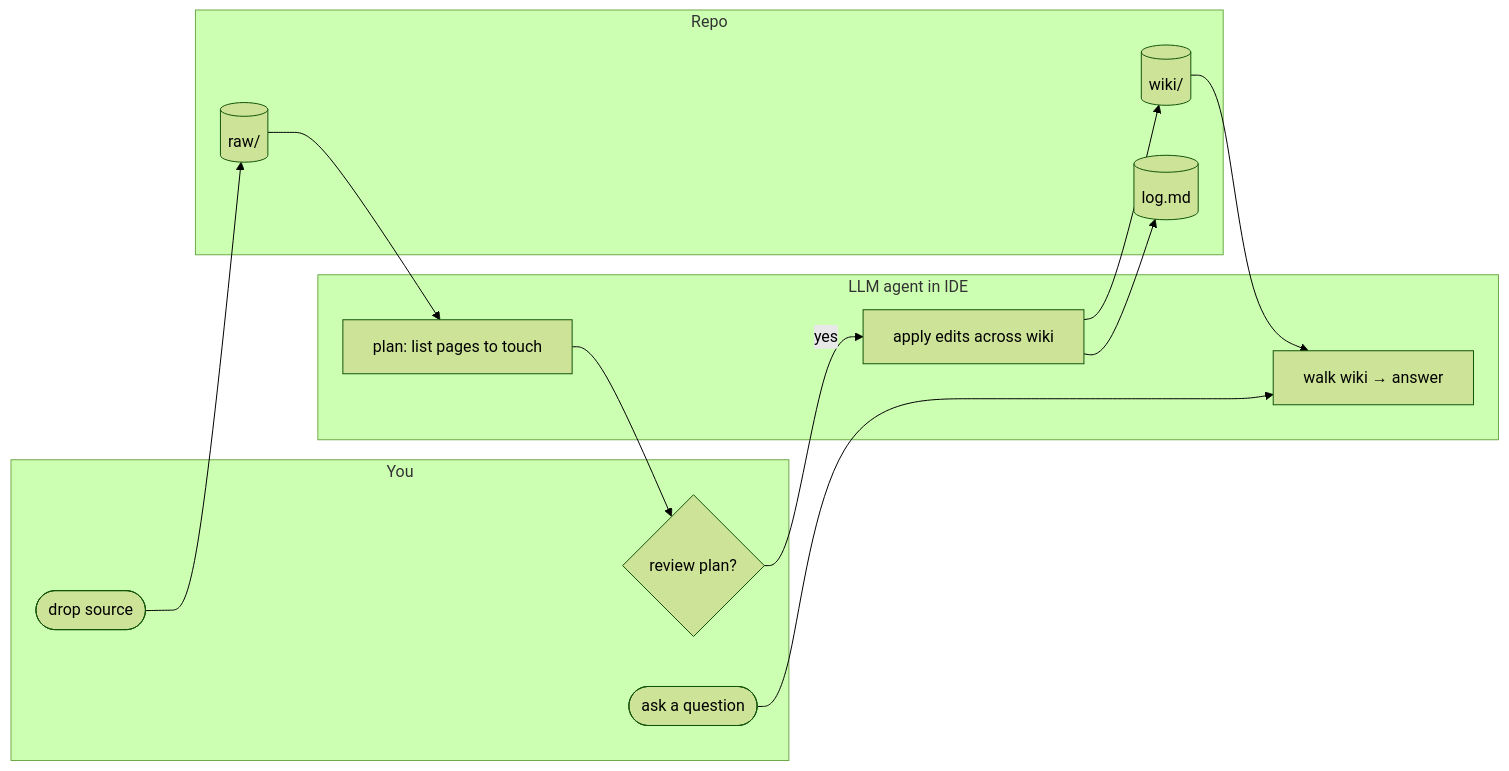
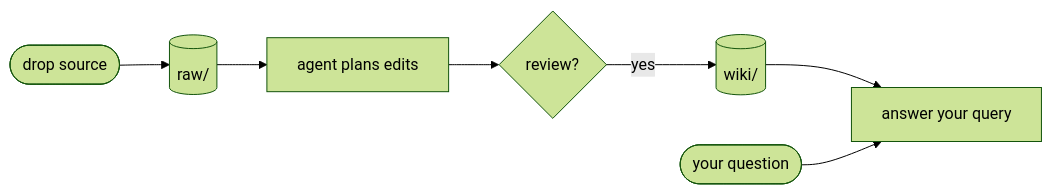
Before and after one commit to ycaptain/densa: the diagram in README.md, drawn with Mermaid (forest theme). The commit also changed other lines of this file and 216 other files, not shown here.

First line of the commit message:
maintenance: schema v2 (Karpathy vocab) + newcomer-friendliness sweep

````diff
--- a/README.md
+++ b/README.md
@@ -26,23 +144,9 @@
 ```mermaid
 flowchart LR
-    subgraph human [You]
-        SRC([drop source])
-        REV{review plan?}
-        ASK([ask a question])
-    end
-    subgraph llm [LLM agent in IDE]
-        PLAN[plan: list pages to touch]
-        APPLY[apply edits across wiki]
-        ANS[walk wiki → answer]
-    end
-    subgraph repo [Repo]
-        RAW[(raw/)]
-        WIKI[(wiki/)]
-        LOG[(log.md)]
-    end
-    SRC --> RAW --> PLAN --> REV
-    REV -- yes --> APPLY --> WIKI
-    APPLY --> LOG
-    ASK --> ANS
-    WIKI --> ANS
+    SRC([drop source]) --> RAW[(raw/)]
+    RAW --> PLAN[agent plans edits]
+    PLAN --> REV{review?}
+    REV -- yes --> WIKI[(wiki/)]
+    WIKI --> ANS[answer your query]
+    ASK([your question]) --> ANS
 ```
````
